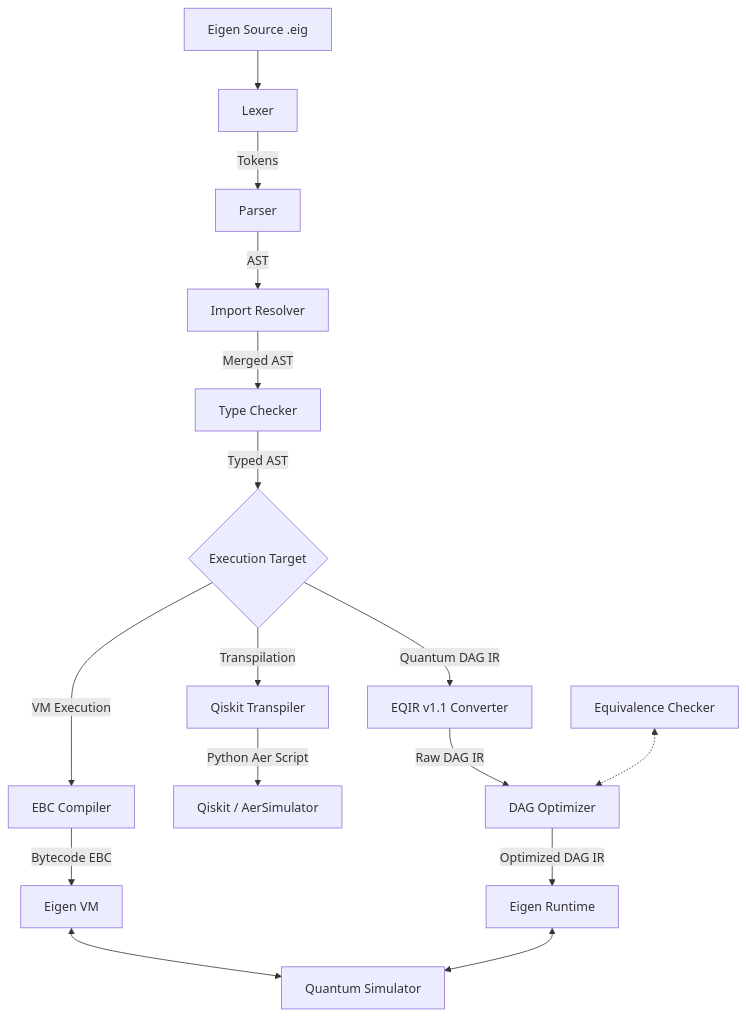
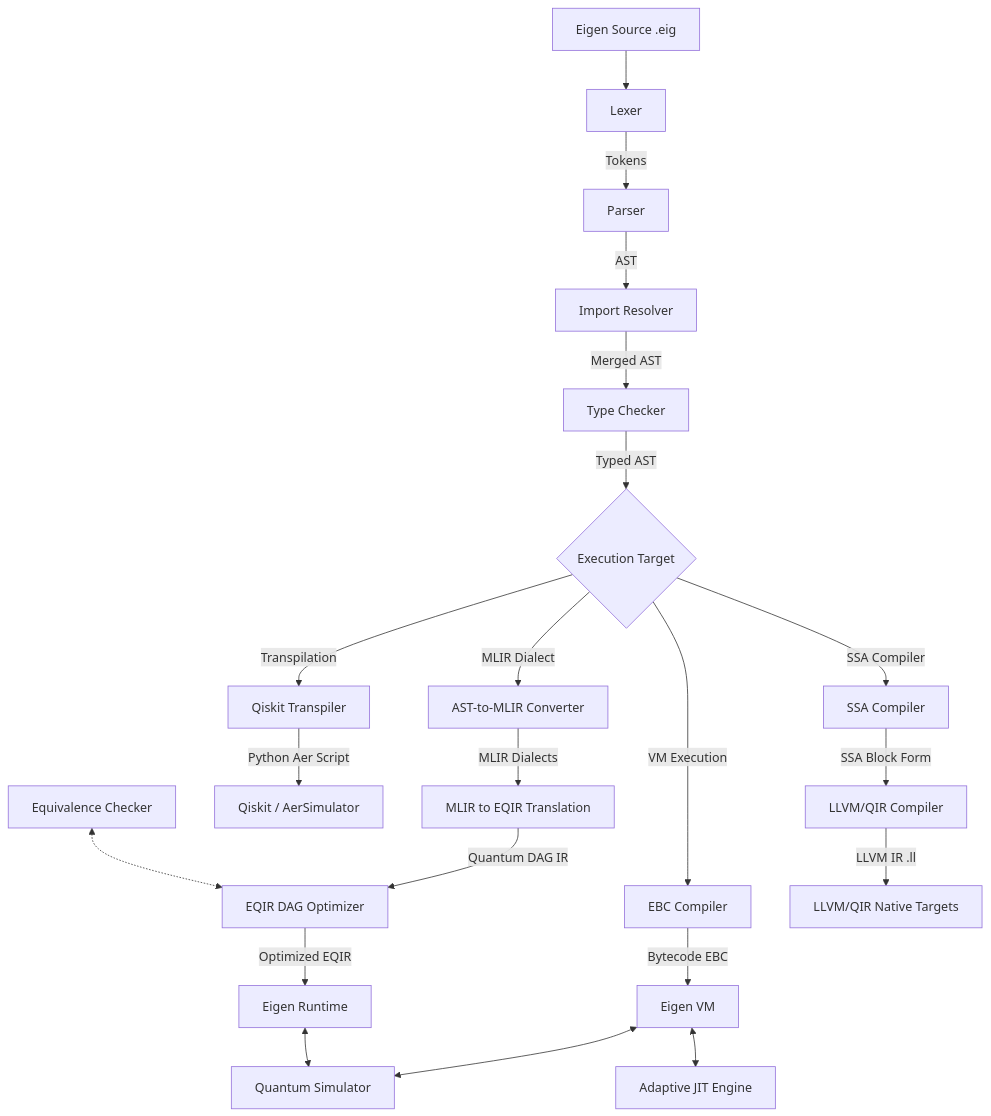
Before and after one commit to Eigenresearch/Eigen: the diagram in README.md, drawn with Mermaid. The commit also changed other lines of this file and 185 other files, not shown here.

Commit message:
Release Eigen 2.3 — Helios: Full hybrid execution improvements, MLIR dialect, GPU 2.0, Tensor Compiler, scheduler, LLVM/QIR native compiler, caching.

````diff
--- a/README.md
+++ b/README.md
@@ -26,22 +39,29 @@
 ```mermaid
 graph TD
     Source[Eigen Source .eig] --> Lexer[Lexer]
     Lexer -->|Tokens| Parser[Parser]
     Parser -->|AST| ImportResolver[Import Resolver]
     ImportResolver -->|Merged AST| TypeChecker[Type Checker]
     TypeChecker -->|Typed AST| PipelineBranch{Execution Target}
     
     PipelineBranch -->|VM Execution| EBCCompiler[EBC Compiler]
     EBCCompiler -->|Bytecode EBC| VM[Eigen VM]
     VM <--> Simulator[Quantum Simulator]
+    VM <--> JIT[Adaptive JIT Engine]
+    
+    PipelineBranch -->|MLIR Dialect| MLIRGen[AST-to-MLIR Converter]
+    MLIRGen -->|MLIR Dialects| MLIROpt[MLIR to EQIR Translation]
+    
+    MLIROpt -->|Quantum DAG IR| Optimizer[EQIR DAG Optimizer]
+    Optimizer -->|Optimized EQIR| Runtime[Eigen Runtime]
+    Runtime <--> Simulator
     
     PipelineBranch -->|Transpilation| QiskitBackend[Qiskit Transpiler]
     QiskitBackend -->|Python Aer Script| Qiskit[Qiskit / AerSimulator]
     
-    PipelineBranch -->|Quantum DAG IR| EQIRGen[EQIR v1.1 Converter]
-    EQIRGen -->|Raw DAG IR| Optimizer[DAG Optimizer]
-    Optimizer -->|Optimized DAG IR| Runtime[Eigen Runtime]
-    Runtime <--> Simulator
+    PipelineBranch -->|SSA Compiler| SSACompiler[SSA Compiler]
+    SSACompiler -->|SSA Block Form| LLVMCompiler[LLVM/QIR Compiler]
+    LLVMCompiler -->|LLVM IR .ll| QIR[LLVM/QIR Native Targets]
     
     SubGraphEquiv[Equivalence Checker] <.-> Optimizer
 ```
````
